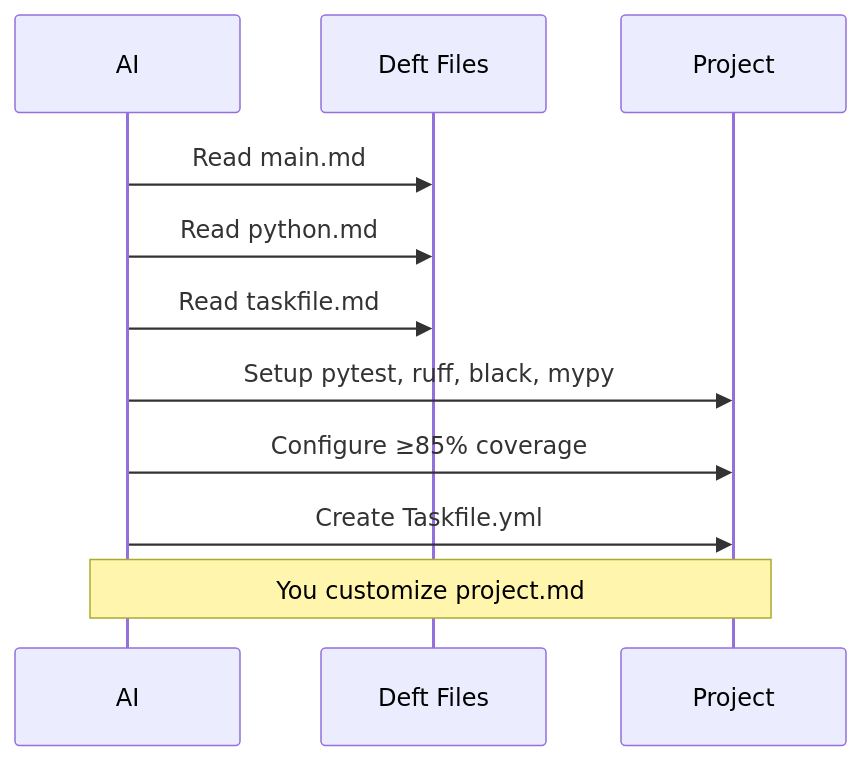
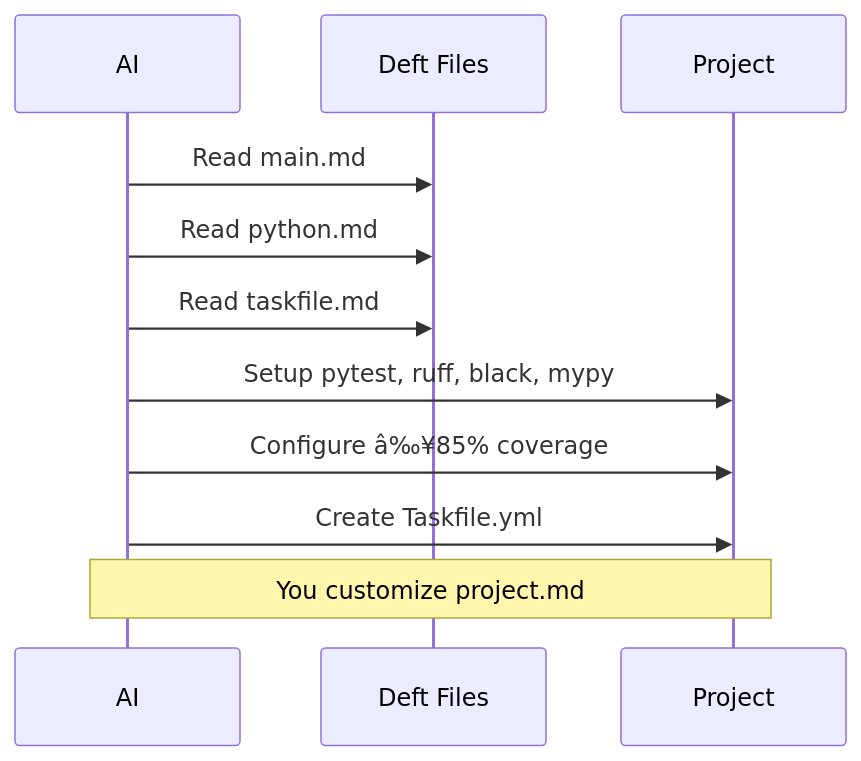
Before and after one commit to deftai/directive: the sixth of 8 diagrams in README.md, drawn with Mermaid. The commit also changed other lines of this file and 3 other files, not shown here.

````diff
--- a/README.md
+++ b/README.md
@@ -704,14 +704,14 @@
 ```mermaid
 sequenceDiagram
     participant AI
     participant Files as Deft Files
     participant Project
 
     AI->>Files: Read main.md
     AI->>Files: Read python.md
     AI->>Files: Read taskfile.md
     AI->>Project: Setup pytest, ruff, black, mypy
-    AI->>Project: Configure ≥85% coverage
+    AI->>Project: Configure â‰¥85% coverage
     AI->>Project: Create Taskfile.yml
     Note over AI,Project: You customize project.md
 ```
````
